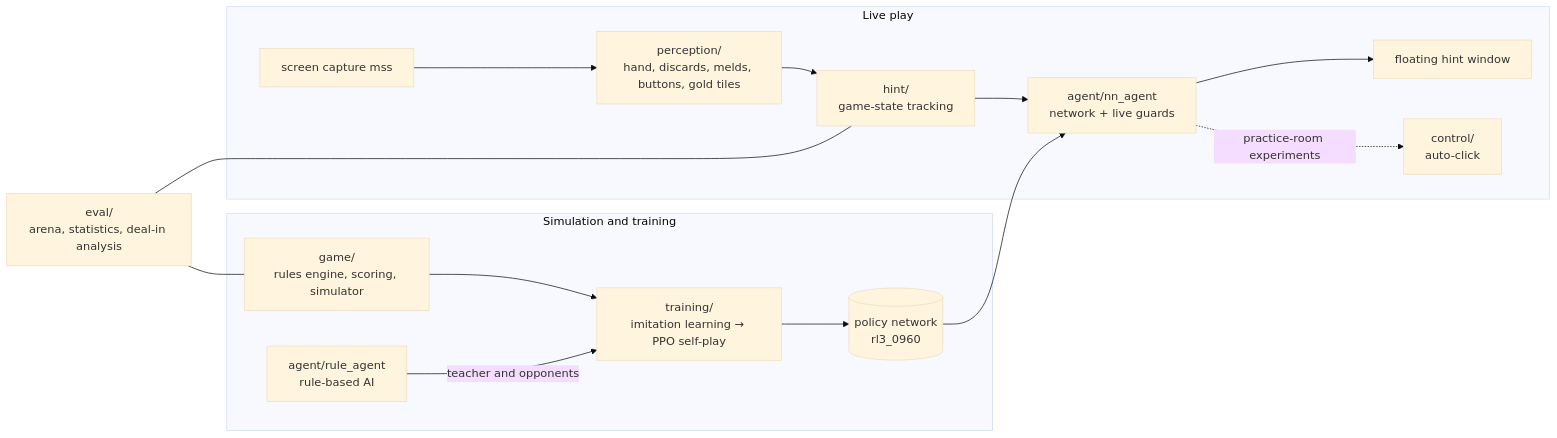
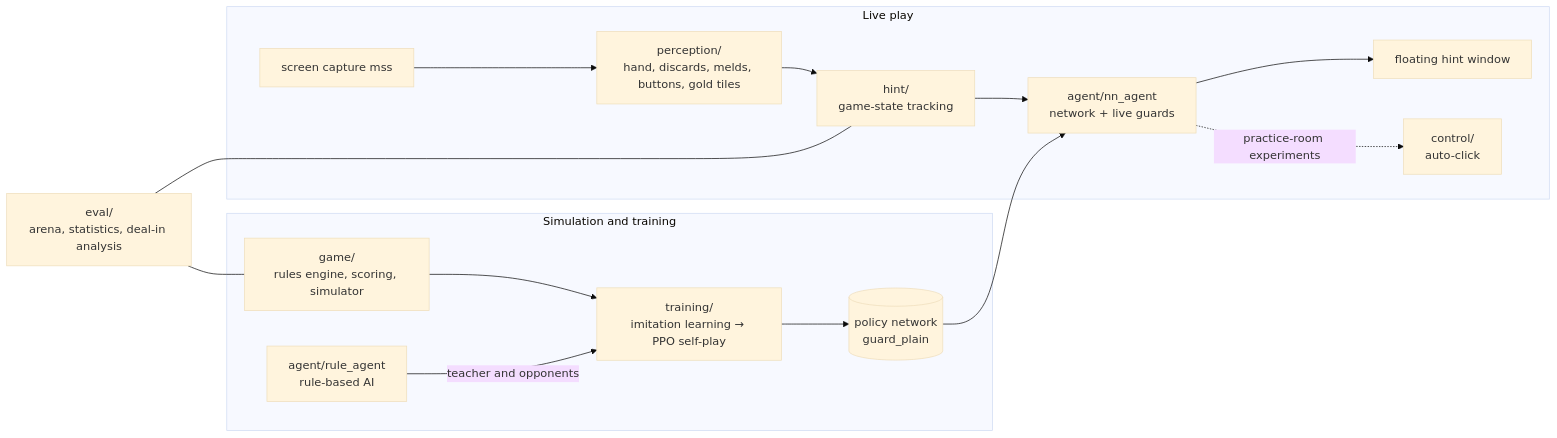
One commit to TedChu021333/taiwan-mahjong-ai changed the diagram in README.en.md. Above: the diagram before and after it, drawn with Mermaid (base theme). The commit also changed other lines of this file and 13 other files, not shown here.

First line of the commit message:
把護欄學進網路：guard_plain（網路＋護欄當老師的模仿學習），實戰、網頁版、人機對戰改用它

````diff
--- a/README.en.md
+++ b/README.en.md
@@ -53,18 +53,18 @@
 ```mermaid
 flowchart LR
     subgraph Simulation and training
         G[game/<br>rules engine, scoring, simulator] --> T[training/<br>imitation learning → PPO self-play]
         R[agent/rule_agent<br>rule-based AI] -->|teacher and opponents| T
-        T --> M[(policy network<br>rl3_0960)]
+        T --> M[(policy network<br>guard_plain)]
     end
     subgraph Live play
         S[screen capture mss] --> P[perception/<br>hand, discards, melds, buttons, gold tiles]
         P --> H[hint/<br>game-state tracking]
         H --> A[agent/nn_agent<br>network + live guards]
         M --> A
         A --> O[floating hint window]
         A -.practice-room experiments.-> C[control/<br>auto-click]
     end
     E[eval/<br>arena, statistics, deal-in analysis] --- G
     E --- H
 ```
````
